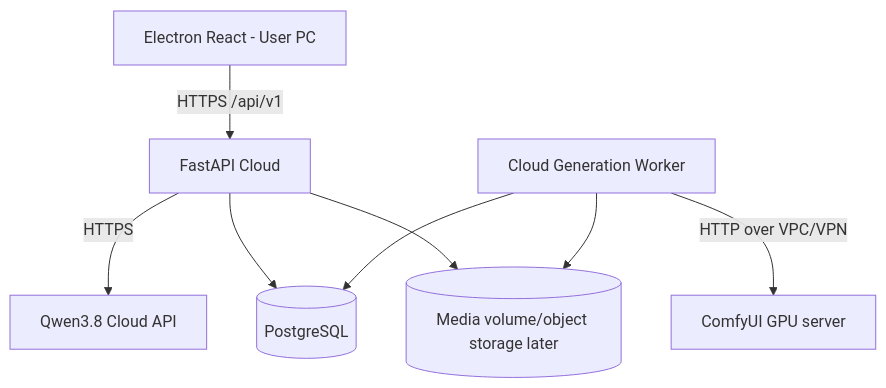
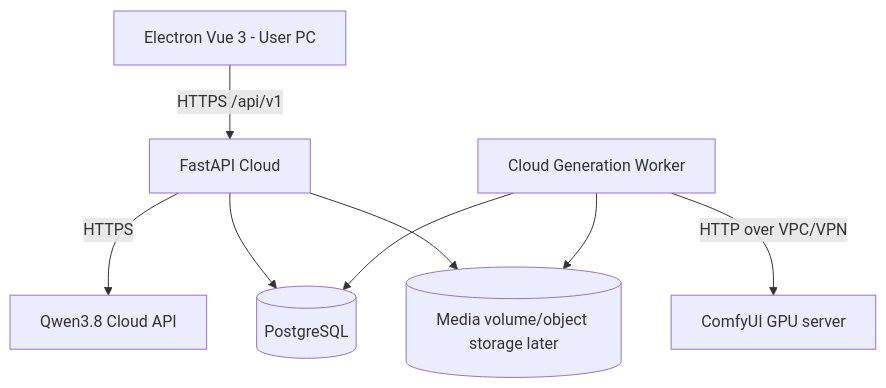
One commit to Joker1114/AI_Director_Studio changed the diagram in docs/architecture/DEPLOYMENT.md. Above: the diagram before and after it, drawn with Mermaid. The commit also changed 22 other files, not shown here.

````diff
--- a/docs/architecture/DEPLOYMENT.md
+++ b/docs/architecture/DEPLOYMENT.md
@@ -3,10 +3,10 @@
 ```mermaid
 flowchart TD
-  E[Electron React - User PC] -->|HTTPS /api/v1| A[FastAPI Cloud]
+  E[Electron Vue 3 - User PC] -->|HTTPS /api/v1| A[FastAPI Cloud]
   A -->|HTTPS| Q[Qwen3.8 Cloud API]
   A --> DB[(PostgreSQL)]
   A --> MEDIA[(Media volume/object storage later)]
   W[Cloud Generation Worker] --> DB
   W --> MEDIA
   W -->|HTTP over VPC/VPN| C[ComfyUI GPU server]
 ```
````
